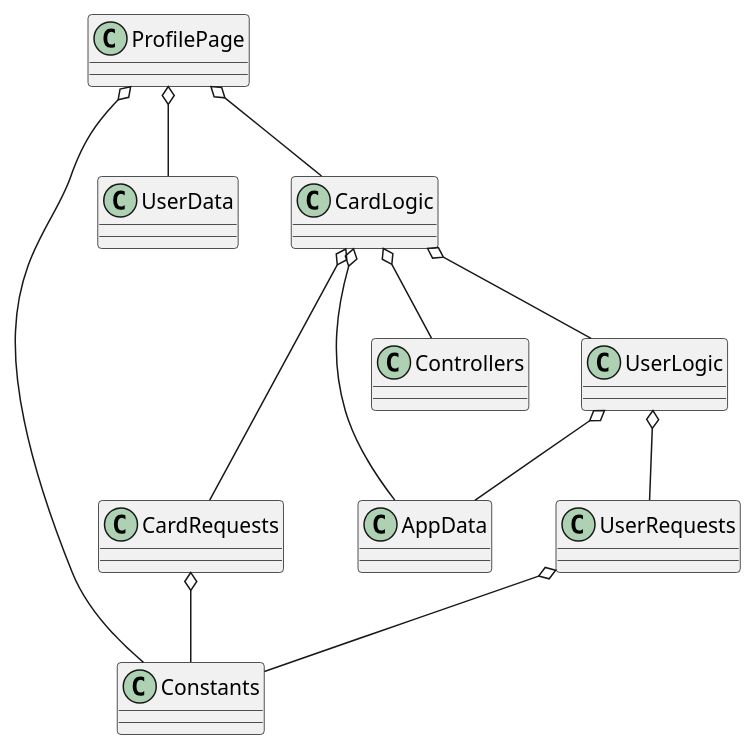
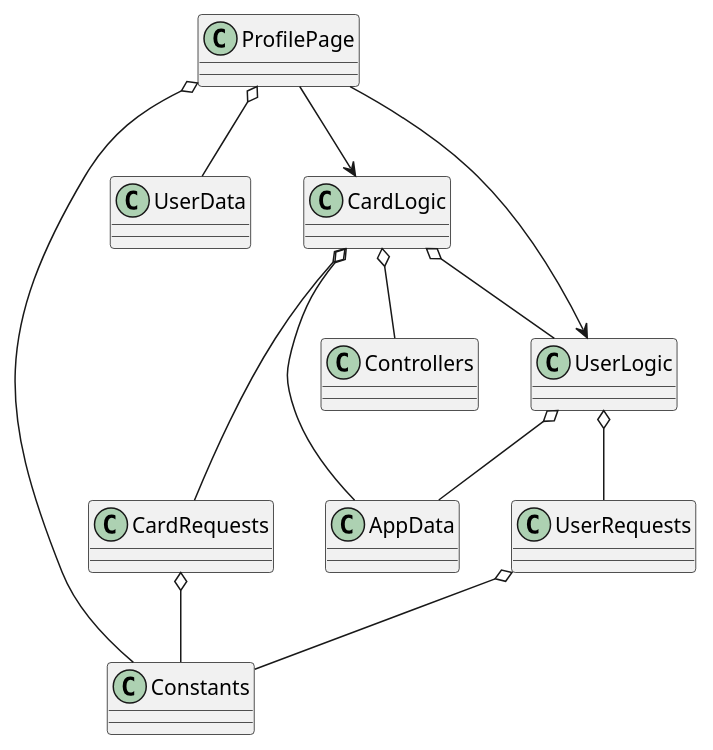
The diagram in uml/classes/common/profile.puml (4Whiskas/kursach), drawn with PlantUML before and after one commit. The commit also changed 13 other files, not shown here.

Commit message:
uml finished

```diff
--- a/uml/classes/common/profile.puml
+++ b/uml/classes/common/profile.puml
@@ -1,26 +1,27 @@
 @startuml
 'https://plantuml.com/class-diagram
 
 class ProfilePage
 class Constants
 class CardRequests
 class AppData
 class UserData
 class CardLogic
 class Controllers
 class UserLogic
 class UserRequests
 
 ProfilePage o-- Constants
-ProfilePage o-- CardLogic
+ProfilePage --> CardLogic
+ProfilePage --> UserLogic
 CardLogic o-- CardRequests
 CardLogic o-- AppData
 CardLogic o-- Controllers
 CardLogic o-- UserLogic
 UserLogic o-- UserRequests
 UserLogic o-- AppData
 ProfilePage o-- UserData
 CardRequests o-- Constants
 UserRequests o-- Constants
 
 @enduml
```
